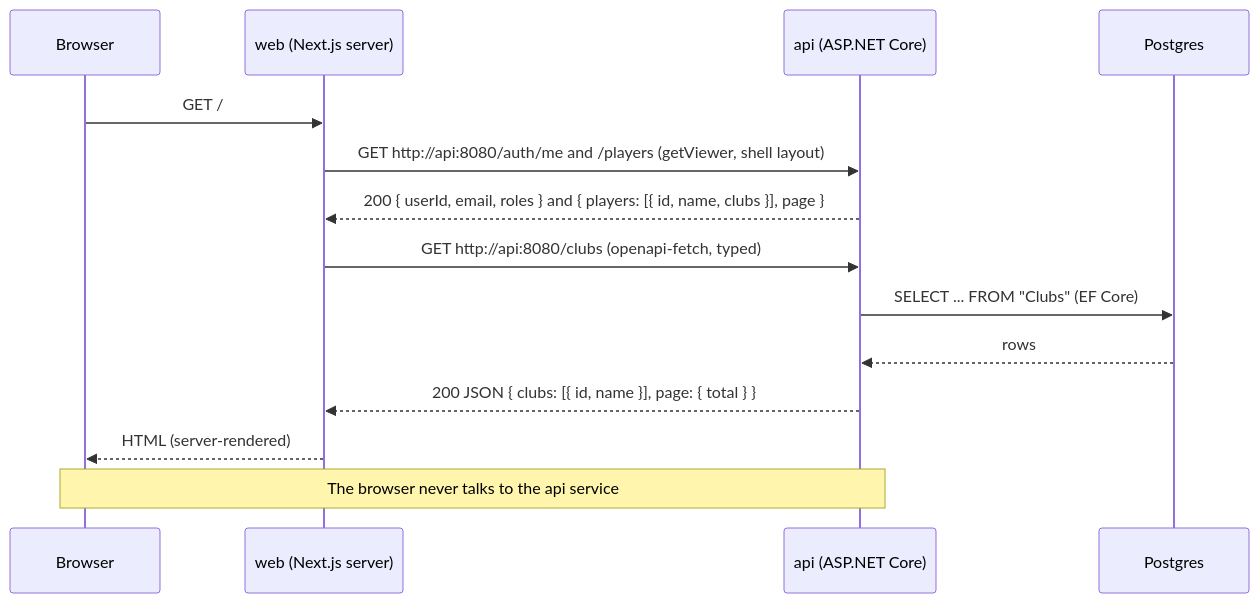
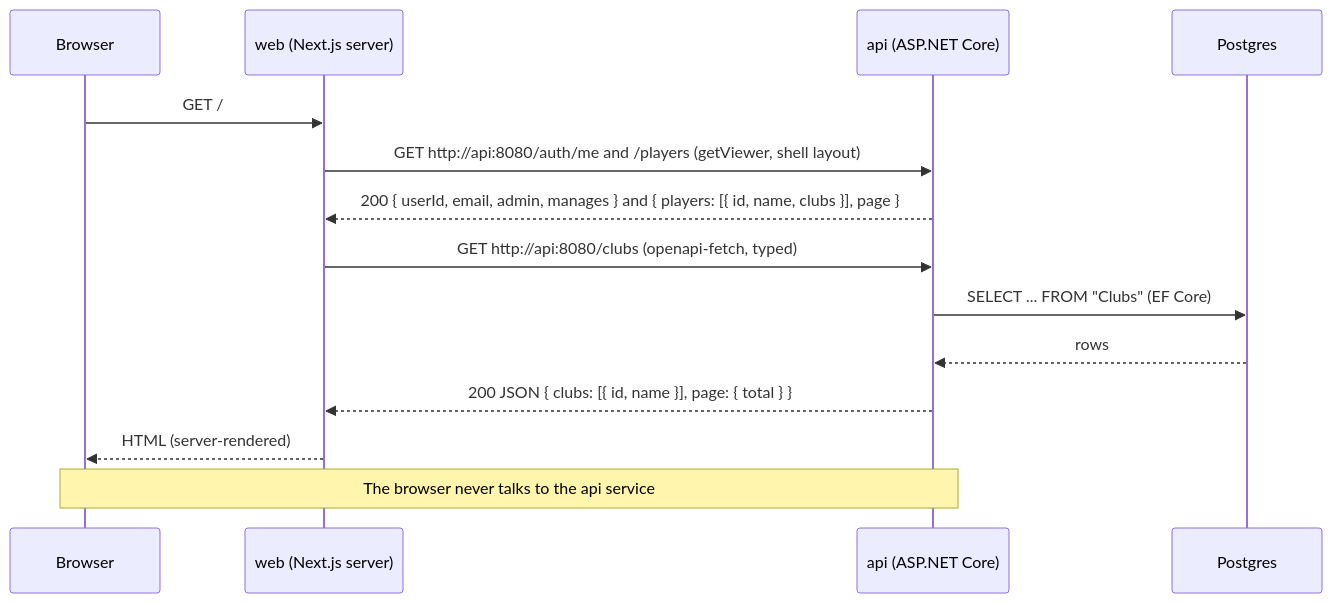
Before and after one commit to l1em1on1/social-tennis: the second of 12 diagrams in docs/architecture.md, drawn with Mermaid. The commit also changed other lines of this file and 84 other files, not shown here.

````diff
--- a/docs/architecture.md
+++ b/docs/architecture.md
@@ -30,17 +30,17 @@
 ```mermaid
 sequenceDiagram
     participant B as Browser
     participant W as web (Next.js server)
     participant A as api (ASP.NET Core)
     participant P as Postgres
 
     B->>W: GET /
     W->>A: GET http://api:8080/auth/me and /players (getViewer, shell layout)
-    A-->>W: 200 { userId, email, roles } and { players: [{ id, name, clubs }], page }
+    A-->>W: 200 { userId, email, admin, manages } and { players: [{ id, name, clubs }], page }
     W->>A: GET http://api:8080/clubs (openapi-fetch, typed)
     A->>P: SELECT ... FROM "Clubs" (EF Core)
     P-->>A: rows
     A-->>W: 200 JSON { clubs: [{ id, name }], page: { total } }
     W-->>B: HTML (server-rendered)
     Note over B,A: The browser never talks to the api service
 ```
````
